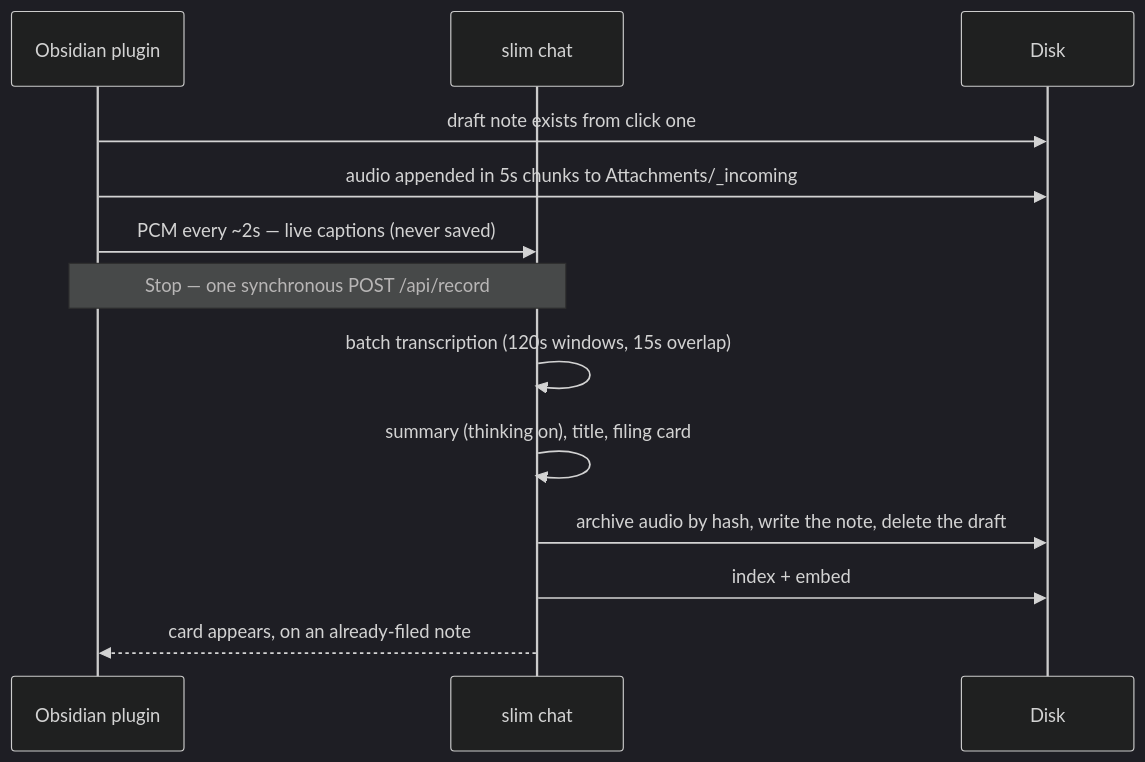
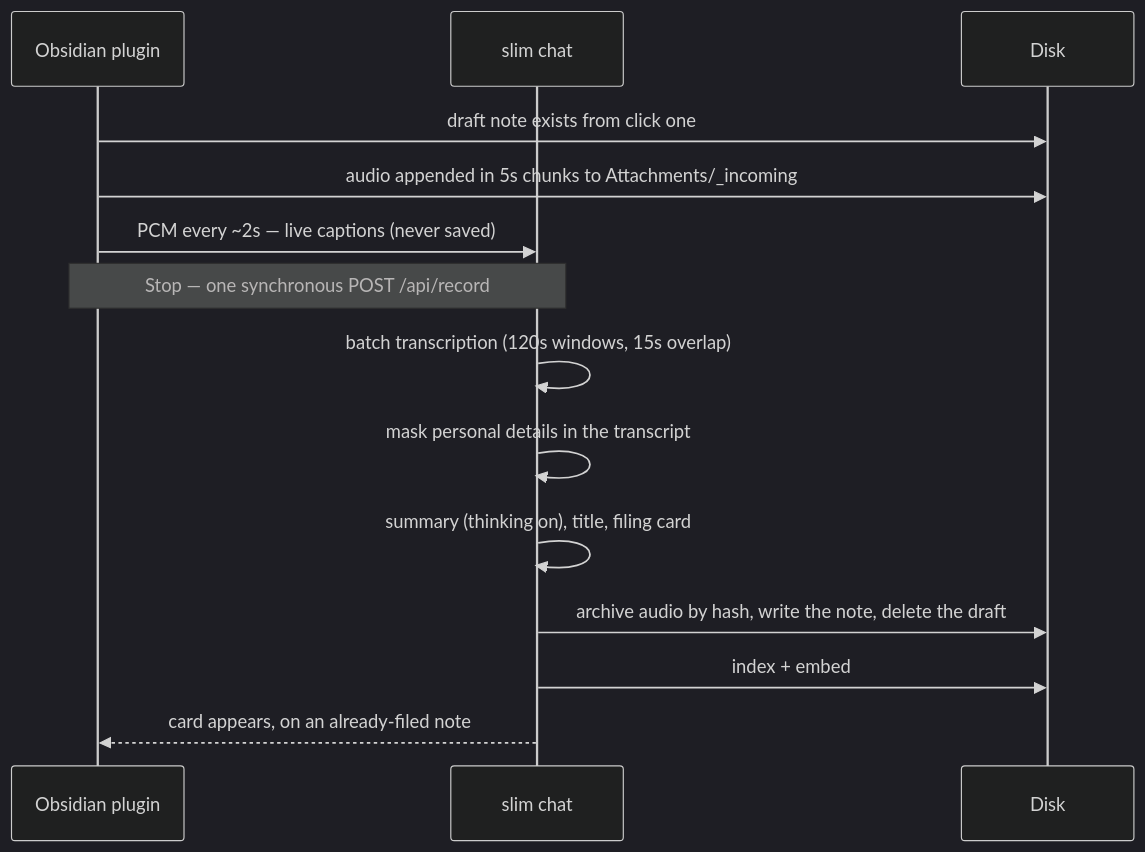
Before and after one commit to TimurAkhtemov/slim-obsidian: the third of 4 diagrams in README.md, drawn with Mermaid (dark theme). The commit also changed other lines of this file and 3 other files, not shown here.

````diff
--- a/README.md
+++ b/README.md
@@ -131,16 +132,17 @@
 ```mermaid
 sequenceDiagram
     participant O as Obsidian plugin
     participant S as slim chat
     participant D as Disk
 
     O->>D: draft note exists from click one
     O->>D: audio appended in 5s chunks to Attachments/_incoming
     O->>S: PCM every ~2s — live captions (never saved)
     Note over O,S: Stop — one synchronous POST /api/record
     S->>S: batch transcription (120s windows, 15s overlap)
+    S->>S: mask personal details in the transcript
     S->>S: summary (thinking on), title, filing card
     S->>D: archive audio by hash, write the note, delete the draft
     S->>D: index + embed
     S-->>O: card appears, on an already-filed note
 ```
````
